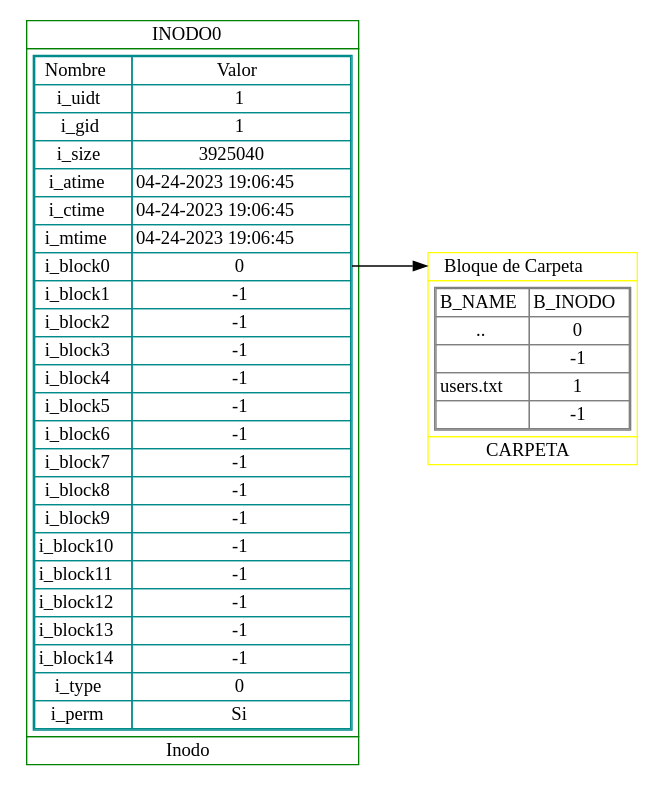
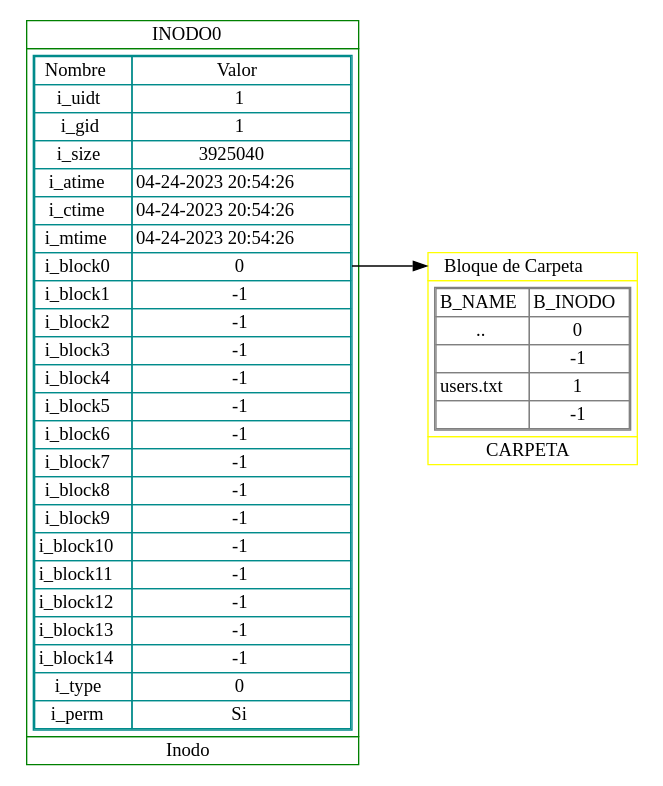
Before and after one commit to Gerson7w7/MIA_Proyecto2_202000166: the diagram in backend/reporte1.dot, drawn with Graphviz. The commit also changed 3 other files, not shown here.

```diff
--- a/backend/reporte1.dot
+++ b/backend/reporte1.dot
@@ -1,59 +1,59 @@
 digraph {
 rankdir=LR;
  Inodo0 [
 shape=plaintext
 label=<
 <table border='0' cellborder='1' color='green' cellspacing='0'>
 <tr><td PORT = 'I0' >INODO0</td></tr>
 <tr><td cellpadding='4'>
 <table color='cyan4' cellspacing='0'>
 <tr><td>Nombre</td><td>Valor</td></tr>
 <tr><td>i_uidt</td><td>1</td></tr>
 <tr><td>i_gid</td><td>1</td></tr>
 <tr><td>i_size</td><td>3925040</td></tr>
-<tr><td>i_atime</td><td> 04-24-2023 19:06:45 </td></tr>
-<tr><td>i_ctime</td><td> 04-24-2023 19:06:45 </td></tr>
-<tr><td>i_mtime</td><td> 04-24-2023 19:06:45 </td></tr>
+<tr><td>i_atime</td><td> 04-24-2023 20:54:26 </td></tr>
+<tr><td>i_ctime</td><td> 04-24-2023 20:54:26 </td></tr>
+<tr><td>i_mtime</td><td> 04-24-2023 20:54:26 </td></tr>
 <tr><td>i_block0</td><td PORT = 'B0'>0</td></tr>
 <tr><td>i_block1</td><td >-1</td></tr>
 <tr><td>i_block2</td><td >-1</td></tr>
 <tr><td>i_block3</td><td >-1</td></tr>
 <tr><td>i_block4</td><td >-1</td></tr>
 <tr><td>i_block5</td><td >-1</td></tr>
 <tr><td>i_block6</td><td >-1</td></tr>
 <tr><td>i_block7</td><td >-1</td></tr>
 <tr><td>i_block8</td><td >-1</td></tr>
 <tr><td>i_block9</td><td >-1</td></tr>
 <tr><td>i_block10</td><td >-1</td></tr>
 <tr><td>i_block11</td><td >-1</td></tr>
 <tr><td>i_block12</td><td >-1</td></tr>
 <tr><td>i_block13</td><td >-1</td></tr>
 <tr><td>i_block14</td><td >-1</td></tr>
 <tr><td>i_type</td><td>0</td></tr>
 <tr><td>i_perm</td><td>Si</td></tr>
 </table>
 </td>
 </tr>
 <tr><td>Inodo</td></tr>
 </table> >];
 
 Inodo0:B0 -> Bloque0:BL0;
 Bloque0 [
 shape=plaintext
 label=<
 <table border='0' cellborder='1' color='yellow' cellspacing='0'>
 <tr><td PORT ='BL0'>Bloque de Carpeta</td></tr>
 <tr><td cellpadding='4'>
 <table color='gray' cellspacing='0'>
 <tr><td>B_NAME</td><td>B_INODO</td></tr>
 <tr><td>..</td><td >0</td></tr>
 <tr><td></td><td >-1</td></tr>
 <tr><td>users.txt</td><td >1</td></tr>
 <tr><td></td><td >-1</td></tr>
 </table>
 </td>
 </tr>
 <tr><td>CARPETA</td></tr>
 </table>
  >];
 }
```
